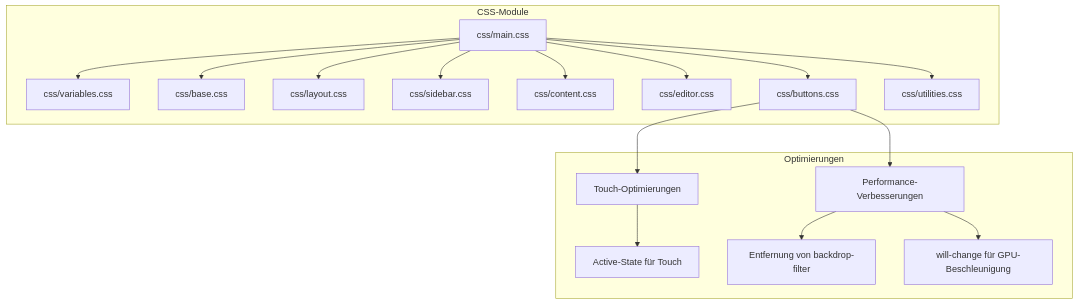
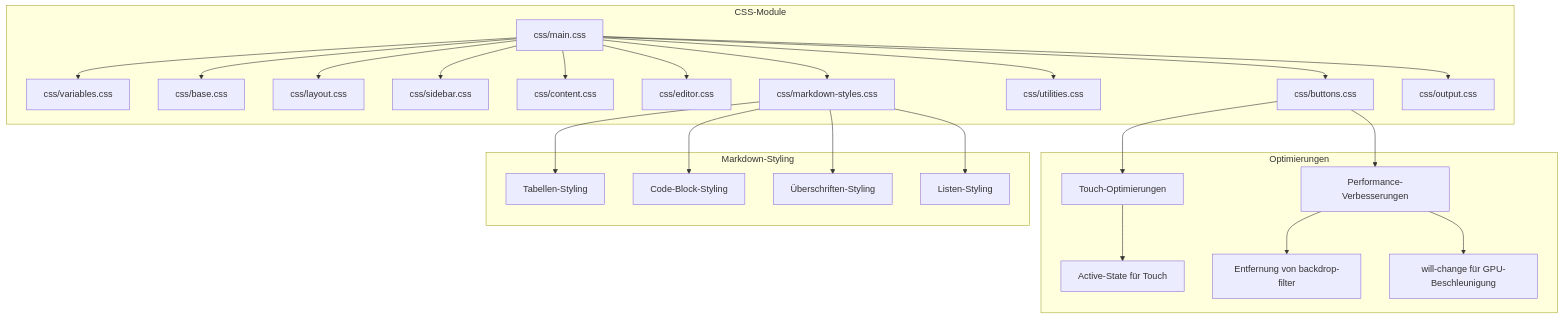
One commit to vsvito420/python3 changed the second of 4 diagrams in README.md. Above: the diagram before and after it, drawn with Mermaid. The commit also changed other lines of this file, not shown here.

Commit message:
Erweitere README.md um Markdown-Styling und Vollbild-Editor-Details

````diff
--- a/README.md
+++ b/README.md
@@ -79,22 +79,31 @@
 ```mermaid
 graph TD
     subgraph "CSS-Module"
         main[css/main.css] --> variables[css/variables.css]
         main --> base[css/base.css]
         main --> layout[css/layout.css]
         main --> sidebar[css/sidebar.css]
         main --> content[css/content.css]
         main --> editor[css/editor.css]
         main --> buttons[css/buttons.css]
         main --> utilities[css/utilities.css]
+        main --> markdown[css/markdown-styles.css]
+        main --> output[css/output.css]
     end
 
     subgraph "Optimierungen"
         buttons --> touch[Touch-Optimierungen]
         buttons --> perf[Performance-Verbesserungen]
 
         touch --> active["Active-State für Touch"]
         perf --> backdrop["Entfernung von backdrop-filter"]
         perf --> gpu["will-change für GPU-Beschleunigung"]
     end
+
+    subgraph "Markdown-Styling"
+        markdown --> tables[Tabellen-Styling]
+        markdown --> code[Code-Block-Styling]
+        markdown --> headings[Überschriften-Styling]
+        markdown --> lists[Listen-Styling]
+    end
 ```
````
